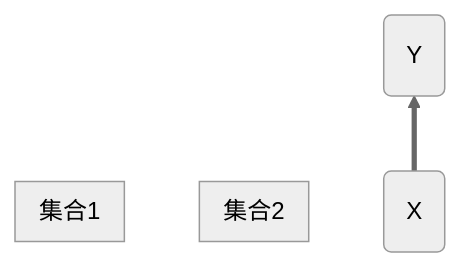
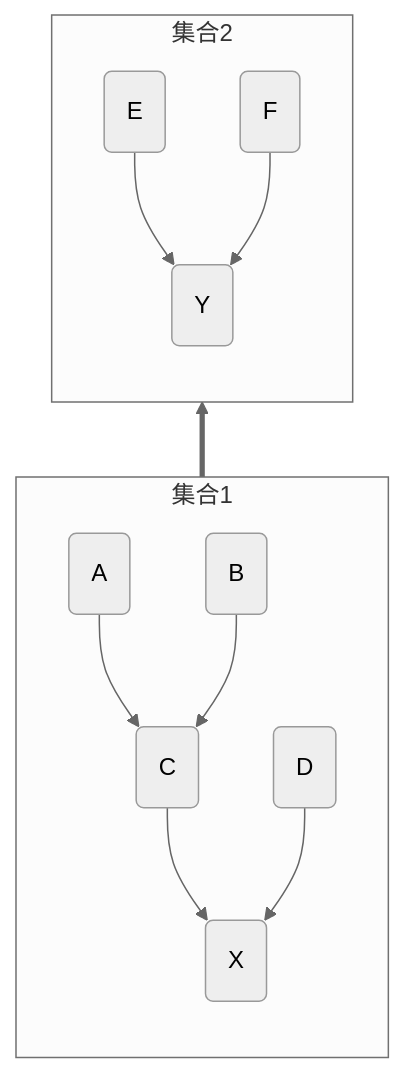
Before and after one commit to dmjcb/dmjcb.github.io: the fifth of 8 diagrams in _posts/DataStructures/Graph/2021-10-06-并查集与最小生成树.md, drawn with Mermaid (neutral theme). The commit also changed other lines of this file and 122 other files, not shown here.

Commit message:
修复图形显示BUG

````diff
--- a/_posts/DataStructures/Graph/2021-10-06-并查集与最小生成树.md
+++ b/_posts/DataStructures/Graph/2021-10-06-并查集与最小生成树.md
@@ -130,13 +143,19 @@
 ```mermaid
 graph BT;
     subgraph 集合2
     direction TB
+        e(E)-->y(Y)
+        f(F)-->y(Y)
     end
 
     subgraph 集合1
     direction TB
+        a(A)-->c(C)
+        b(B)-->c(C)
+        c(C)-->x(X)
 
+        d(D)-->x(X)
     end
 
     x(X)==>y(Y)
 ```
````
